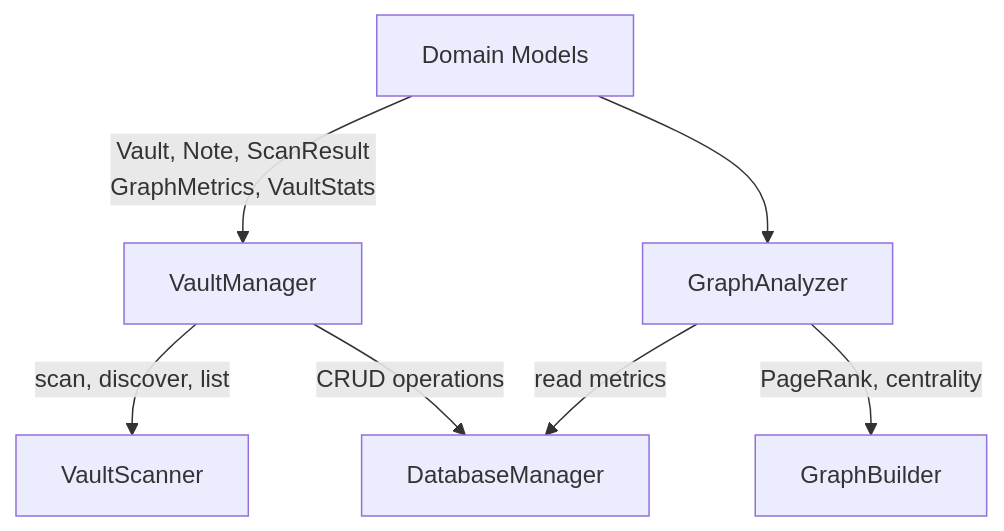
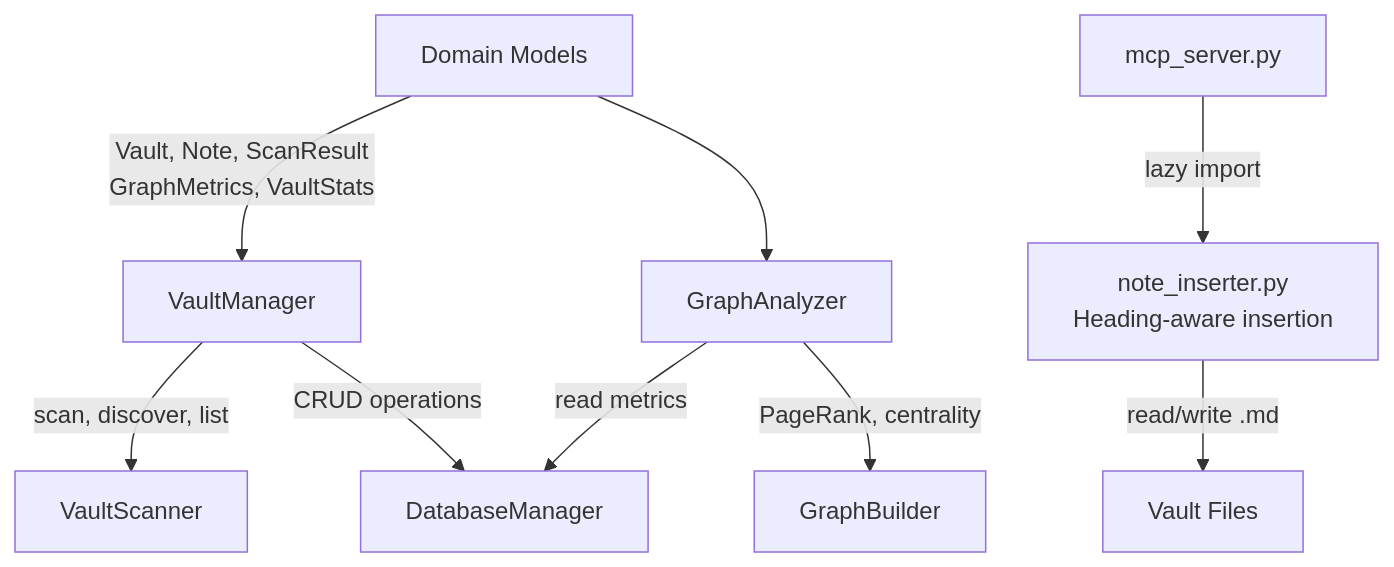
The fourth of 10 diagrams in docs_mkdocs/developer/architecture.md (Data-Wise/obsidian-cli-ops), drawn with Mermaid before and after one commit. The commit also changed other lines of this file and 2 other files, not shown here.

First line of the commit message:
docs: add insert_to_note to tutorial, cookbook, and architecture docs

````diff
--- a/docs_mkdocs/developer/architecture.md
+++ b/docs_mkdocs/developer/architecture.md
@@ -98,9 +98,11 @@
 ```mermaid
 flowchart TD
     VM[VaultManager] -->|scan, discover, list| VS[VaultScanner]
     VM -->|CRUD operations| DB[DatabaseManager]
     GA[GraphAnalyzer] -->|PageRank, centrality| GB[GraphBuilder]
     GA -->|read metrics| DB
     DM[Domain Models] -->|"Vault, Note, ScanResult\nGraphMetrics, VaultStats"| VM
     DM --> GA
+    NI[note_inserter.py\nHeading-aware insertion] -->|read/write .md| FS[Vault Files]
+    MCP[mcp_server.py] -->|lazy import| NI
 ```
````
